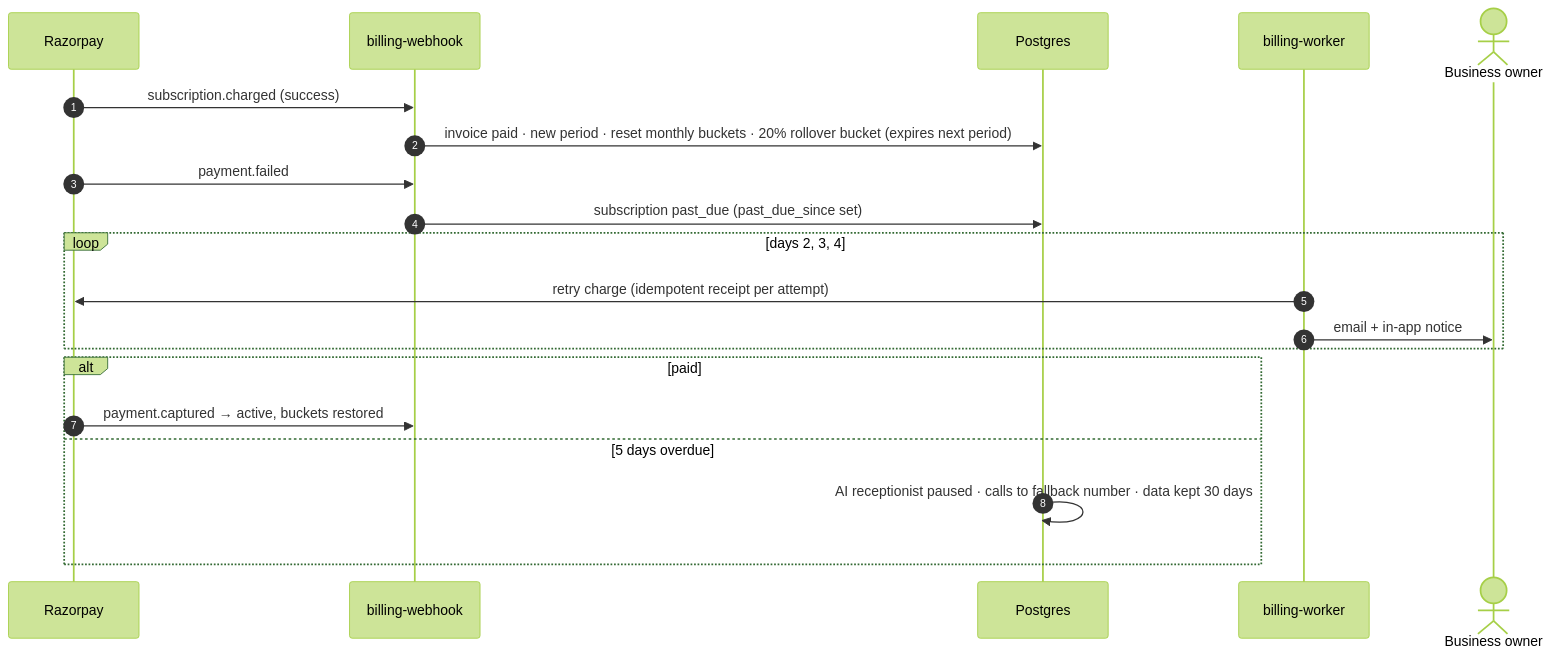
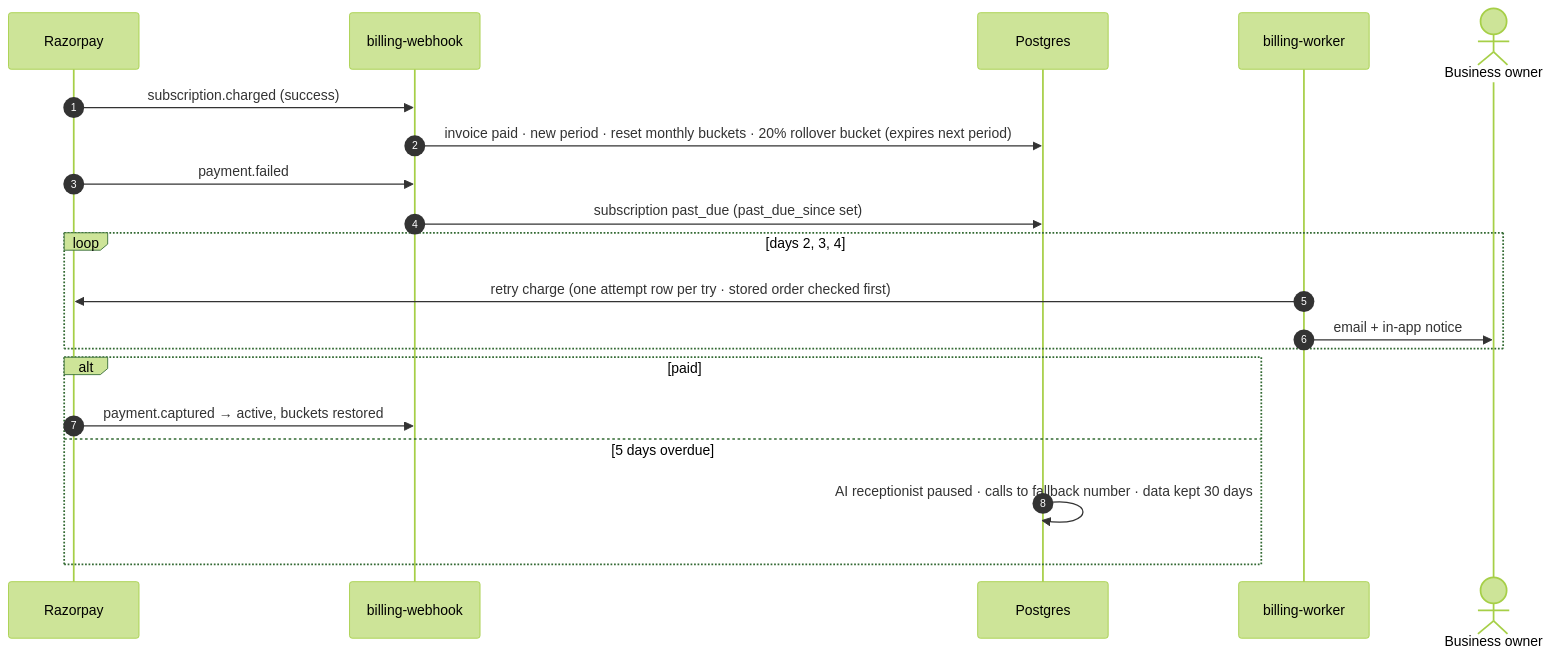
The sixth of 16 diagrams in docs/PAYMENTS_ARCHITECTURE.md (singhdhruv525-source/Zella-AI), drawn with Mermaid (forest theme) before and after one commit. The commit also changed other lines of this file, not shown here.

First line of the commit message:
Payments draft: remove leftover receipt, exactly-once, replay and refund-threshold statements

````diff
--- a/docs/PAYMENTS_ARCHITECTURE.md
+++ b/docs/PAYMENTS_ARCHITECTURE.md
@@ -277,23 +277,23 @@
 ```mermaid
 sequenceDiagram
   autonumber
   participant RZ as Razorpay
   participant WH as billing-webhook
   participant DB as Postgres
   participant WK as billing-worker
   actor BO as Business owner
 
   RZ->>WH: subscription.charged (success)
   WH->>DB: invoice paid · new period · reset monthly buckets · 20% rollover bucket (expires next period)
   RZ->>WH: payment.failed
   WH->>DB: subscription past_due (past_due_since set)
   loop days 2, 3, 4
-    WK->>RZ: retry charge (idempotent receipt per attempt)
+    WK->>RZ: retry charge (one attempt row per try · stored order checked first)
     WK->>BO: email + in-app notice
   end
   alt paid
     RZ->>WH: payment.captured → active, buckets restored
   else 5 days overdue
     DB->>DB: AI receptionist paused · calls to fallback number · data kept 30 days
   end
 ```
````
